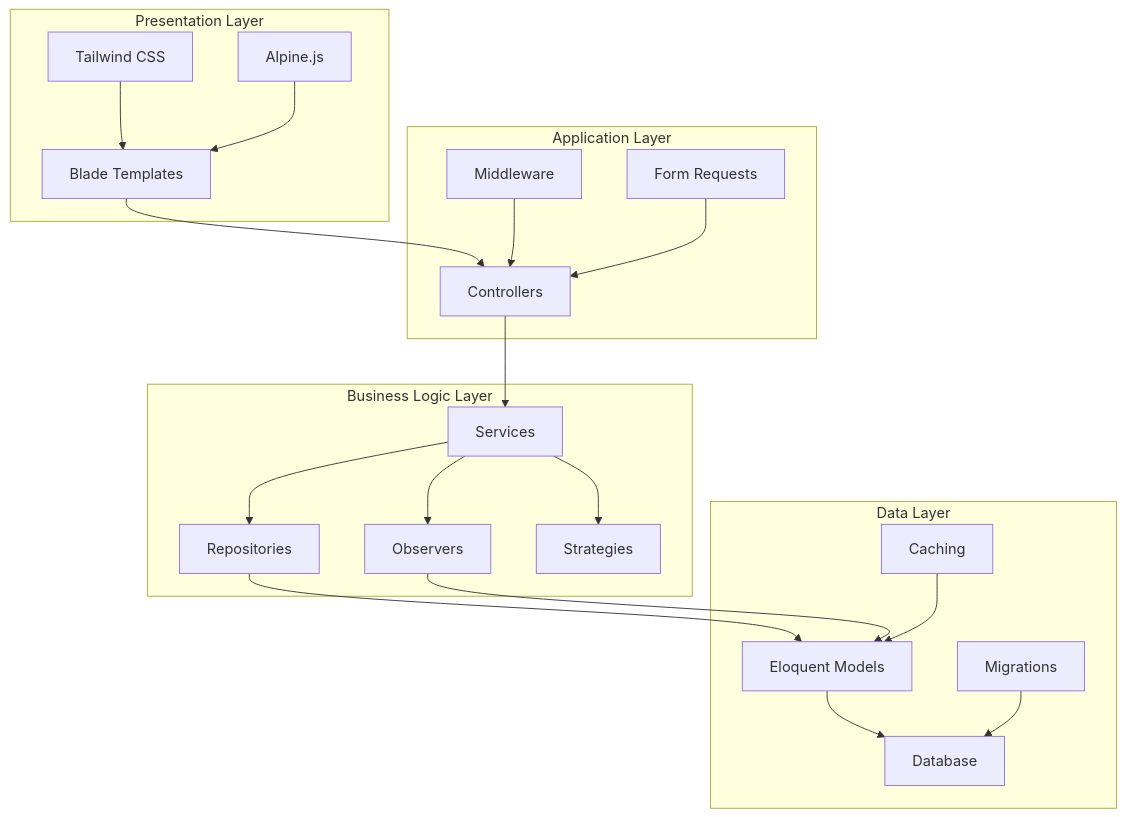
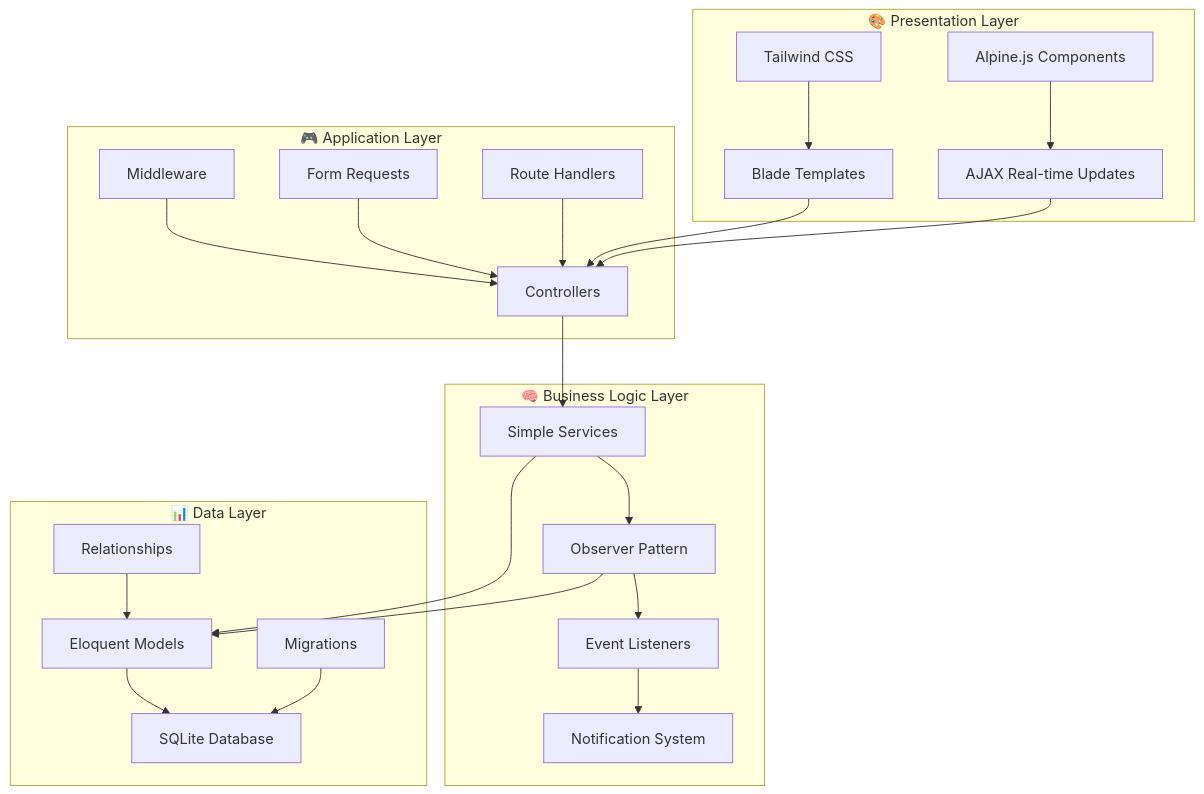
The first of 12 diagrams in ARCHITECTURE.md (Event-Management-Ticketing-System-EMTS/Event-Management-Ticketing-System), drawn with Mermaid before and after one commit. The commit also changed other lines of this file and 12 other files, not shown here.

First line of the commit message:
feat: Implement Smart Notification System for Ticket Cancellations and Purchases

````diff
--- a/ARCHITECTURE.md
+++ b/ARCHITECTURE.md
@@ -5,43 +7,47 @@
 ```mermaid
 graph TB
-    subgraph "Presentation Layer"
+    subgraph "🎨 Presentation Layer"
         A[Blade Templates]
         B[Tailwind CSS]
-        C[Alpine.js]
+        C[Alpine.js Components]
+        D[AJAX Real-time Updates]
     end
     
-    subgraph "Application Layer"
-        D[Controllers]
-        E[Middleware]
-        F[Form Requests]
+    subgraph "🎮 Application Layer"  
+        E[Controllers]
+        F[Middleware]
+        G[Form Requests]
+        H[Route Handlers]
     end
     
-    subgraph "Business Logic Layer"
-        G[Services]
-        H[Repositories]
-        I[Observers]
-        J[Strategies]
+    subgraph "🧠 Business Logic Layer"
+        I[Simple Services]
+        J[Observer Pattern]
+        K[Event Listeners]
+        L[Notification System]
     end
     
-    subgraph "Data Layer"
-        K[Eloquent Models]
-        L[Database]
-        M[Migrations]
-        N[Caching]
+    subgraph "📊 Data Layer"
+        M[Eloquent Models]
+        N[SQLite Database]
+        O[Migrations]
+        P[Relationships]
     end
     
-    A --> D
+    A --> E
     B --> A
-    C --> A
-    D --> G
-    E --> D
-    F --> D
-    G --> H
-    G --> I
-    G --> J
-    H --> K
-    I --> K
+    C --> D
+    D --> E
+    E --> I
+    F --> E
+    G --> E
+    H --> E
+    I --> J
+    J --> K
     K --> L
-    M --> L
-    N --> K
+    I --> M
+    J --> M
+    M --> N
+    O --> N
+    P --> M
 ```
````
